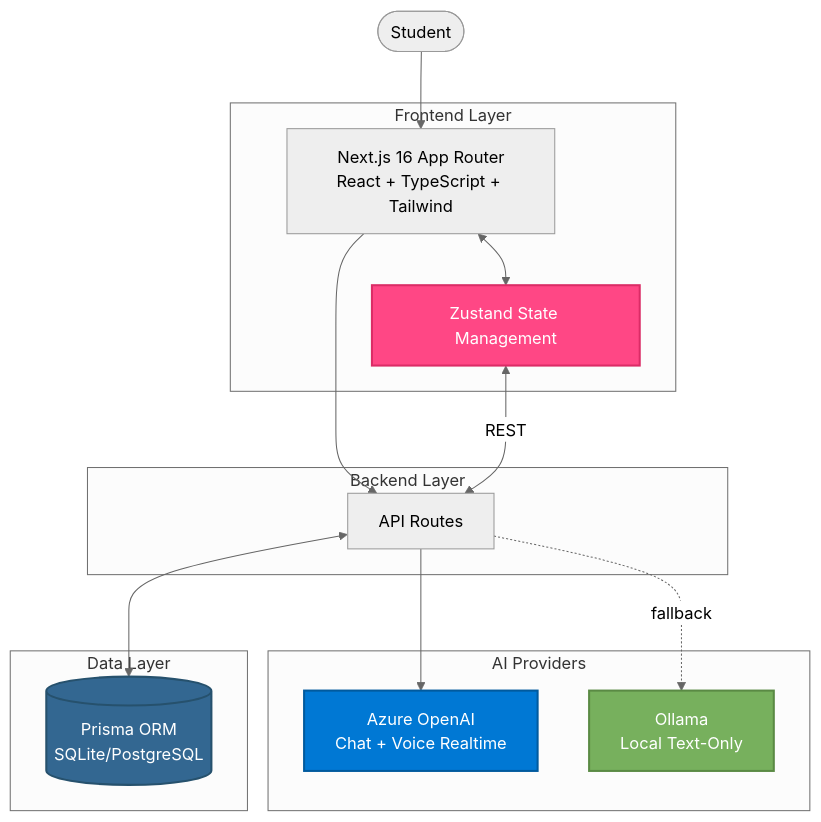
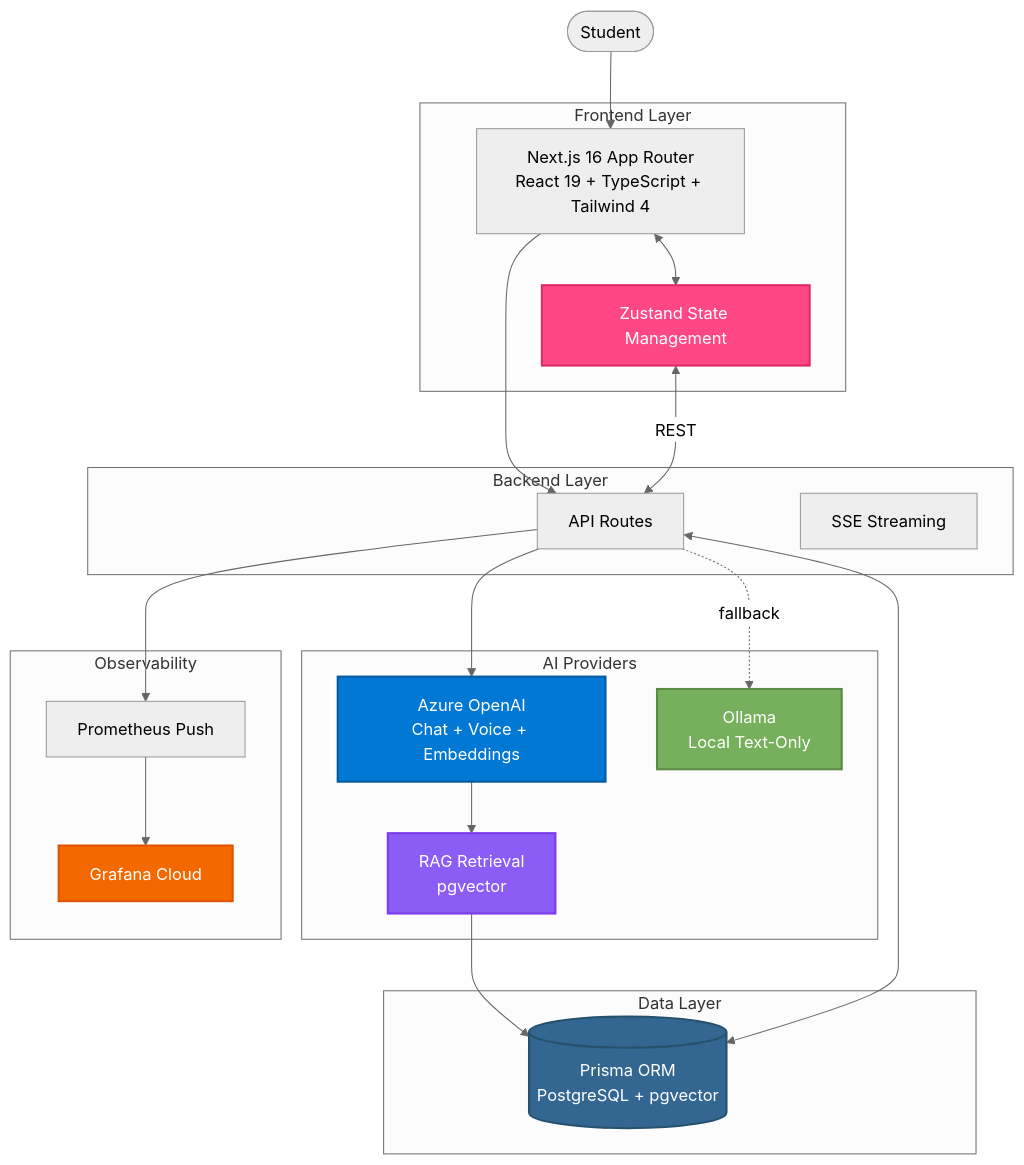
The diagram in ARCHITECTURE.md (FightTheStroke/MirrorBuddy), drawn with Mermaid (neutral theme) before and after one commit. The commit also changed other lines of this file and 1 other file, not shown here.

First line of the commit message:
docs(architecture): update diagrams with RAG, observability, and current stack

````diff
--- a/ARCHITECTURE.md
+++ b/ARCHITECTURE.md
@@ -9,35 +10,47 @@
 ```mermaid
 flowchart TB
     User([Student])
 
     subgraph Frontend["Frontend Layer"]
-        UI[Next.js 16 App Router<br/>React + TypeScript + Tailwind]
+        UI[Next.js 16 App Router<br/>React 19 + TypeScript + Tailwind 4]
         State[Zustand State Management]
     end
 
     subgraph Backend["Backend Layer"]
         API[API Routes]
+        SSE[SSE Streaming]
     end
 
     subgraph AI["AI Providers"]
-        Azure[Azure OpenAI<br/>Chat + Voice Realtime]
+        Azure[Azure OpenAI<br/>Chat + Voice + Embeddings]
         Ollama[Ollama<br/>Local Text-Only]
+        RAG[RAG Retrieval<br/>pgvector]
     end
 
     subgraph Data["Data Layer"]
-        DB[(Prisma ORM<br/>SQLite/PostgreSQL)]
+        DB[(Prisma ORM<br/>PostgreSQL + pgvector)]
+    end
+
+    subgraph Observability["Observability"]
+        Metrics[Prometheus Push]
+        Grafana[Grafana Cloud]
     end
 
     User --> UI
     UI <--> State
     UI --> API
     State <-- REST --> API
     API --> Azure
     API -.fallback.-> Ollama
+    Azure --> RAG
+    RAG --> DB
     API <--> DB
+    API --> Metrics --> Grafana
 
     style Azure fill:#0078D4,stroke:#005A9E,color:#fff,stroke-width:2px
     style Ollama fill:#77B05D,stroke:#5A8A44,color:#fff,stroke-width:2px
     style State fill:#FF4785,stroke:#DB2C66,color:#fff,stroke-width:2px
     style DB fill:#336791,stroke:#26516D,color:#fff,stroke-width:2px
+    style RAG fill:#8B5CF6,stroke:#7C3AED,color:#fff,stroke-width:2px
+    style Grafana fill:#F46800,stroke:#E05400,color:#fff,stroke-width:2px
 ```
````
